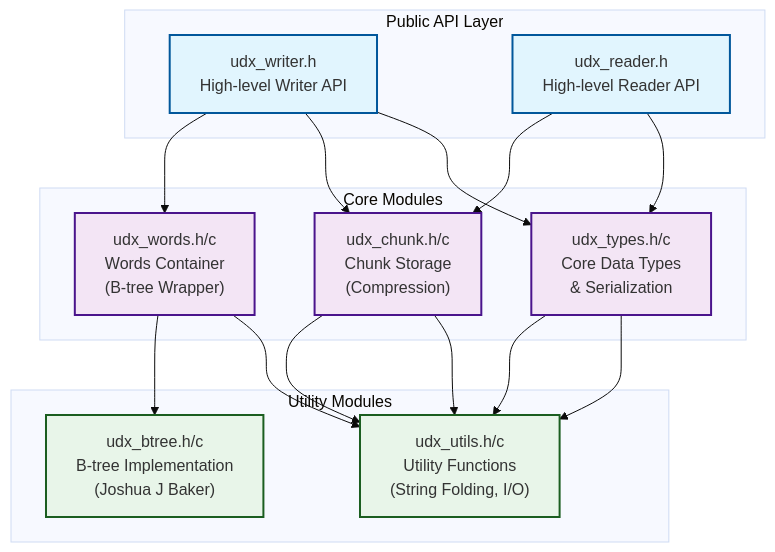
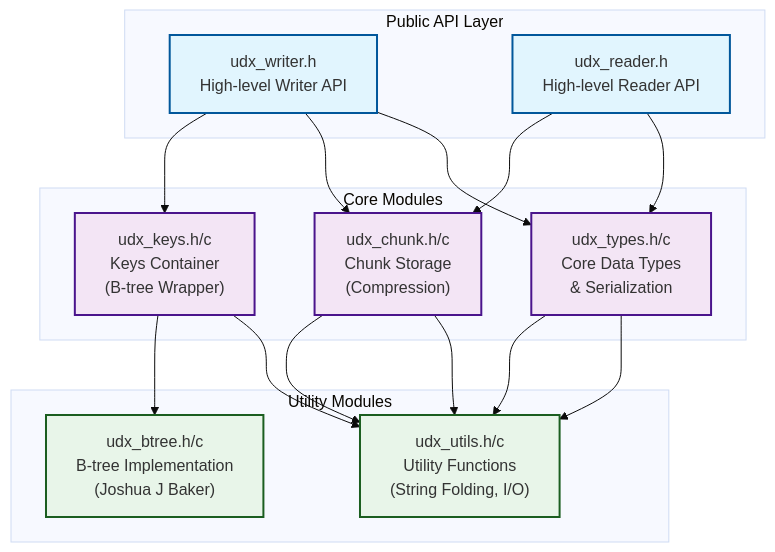
The first of 3 diagrams in docs/architecture.md (unidict/udx), drawn with Mermaid (base theme) before and after one commit. The commit also changed other lines of this file and 3 other files, not shown here.

````diff
--- a/docs/architecture.md
+++ b/docs/architecture.md
@@ -36,43 +36,43 @@
 ```mermaid
 %%{init: {"flowchart": {"diagramPadding": 150}}}%%
 graph TB
     subgraph API["Public API Layer"]
         Writer["udx_writer.h<br/>High-level Writer API"]
         Reader["udx_reader.h<br/>High-level Reader API"]
     end
 
     subgraph Core["Core Modules"]
         Chunk["udx_chunk.h/c<br/>Chunk Storage<br/>(Compression)"]
-        Words["udx_words.h/c<br/>Words Container<br/>(B-tree Wrapper)"]
+        Keys["udx_keys.h/c<br/>Keys Container<br/>(B-tree Wrapper)"]
         Types["udx_types.h/c<br/>Core Data Types<br/>& Serialization"]
     end
 
     subgraph Util["Utility Modules"]
         BTree["udx_btree.h/c<br/>B-tree Implementation<br/>(Joshua J Baker)"]
         Helpers["udx_utils.h/c<br/>Utility Functions<br/>(String Folding, I/O)"]
     end
 
     %% Writer flow
-    Writer --> Words
+    Writer --> Keys
     Writer --> Chunk
     Writer --> Types
-    Words --> BTree
-    Words --> Helpers
+    Keys --> BTree
+    Keys --> Helpers
     Chunk --> Helpers
     Types --> Helpers
 
     %% Reader flow
     Reader --> Chunk
     Reader --> Types
     Chunk --> Helpers
     Types --> Helpers
 
     %% Styling
     classDef apiStyle fill:#e1f5fe,stroke:#01579b,stroke-width:2px
     classDef coreStyle fill:#f3e5f5,stroke:#4a148c,stroke-width:2px
     classDef utilStyle fill:#e8f5e9,stroke:#1b5e20,stroke-width:2px
 
     class Writer,Reader apiStyle
-    class Chunk,Words,Types coreStyle
+    class Chunk,Keys,Types coreStyle
     class BTree,Helpers utilStyle
 ```
````
